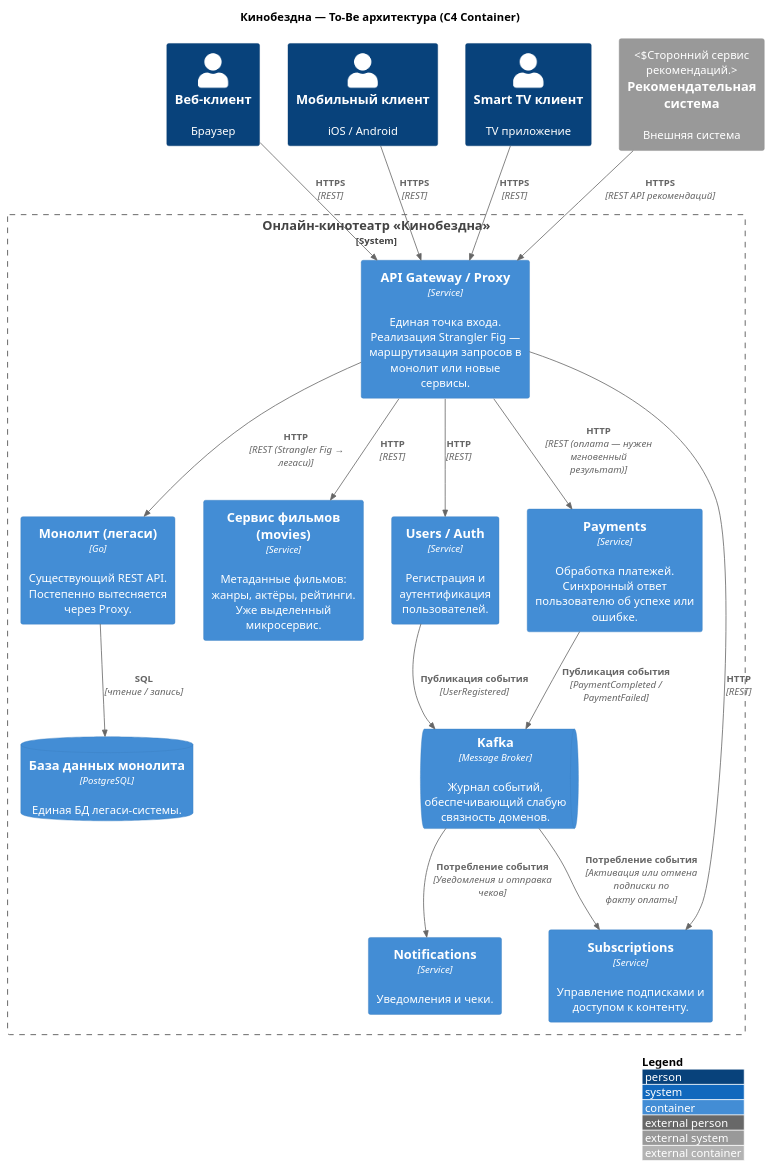
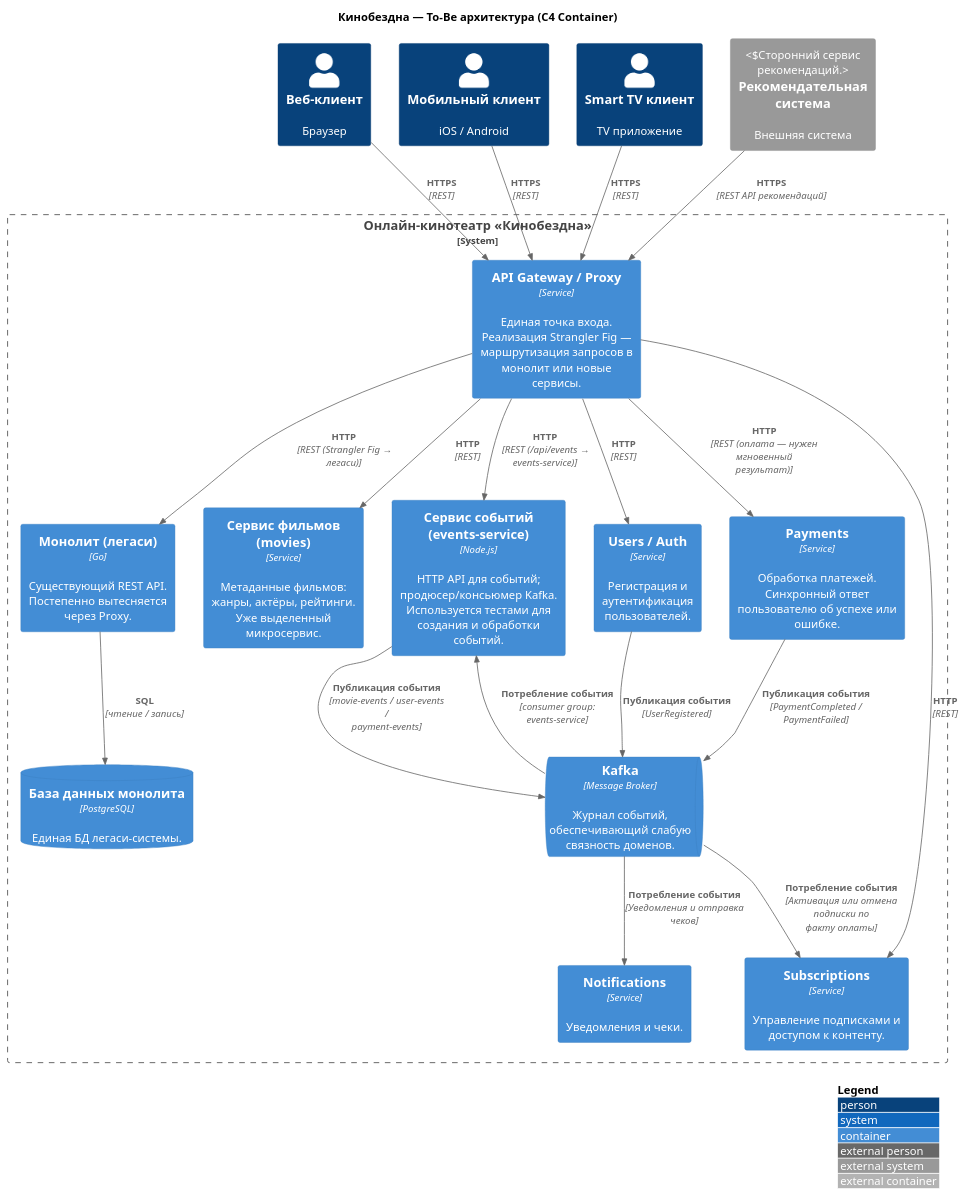
The diagram in docs/C4-container.puml (astandrik/architecture-pro-cinemaabyss), drawn with PlantUML before and after one commit. The commit also changed 5 other files, not shown here.

```diff
--- a/docs/C4-container.puml
+++ b/docs/C4-container.puml
@@ -1,60 +1,65 @@
 @startuml
 !includeurl https://raw.githubusercontent.com/plantuml-stdlib/C4-PlantUML/master/C4_Container.puml
 LAYOUT_WITH_LEGEND()
 
 title Кинобездна — To-Be архитектура (C4 Container)
 
 ' ===== Клиенты =====
 Person(web, "Веб-клиент", "Браузер")
 Person(mobile, "Мобильный клиент", "iOS / Android")
 Person(tv, "Smart TV клиент", "TV приложение")
 
 ' ===== Граница системы =====
 System_Boundary(cinema, "Онлайн-кинотеатр «Кинобездна»") {
 
   Container(proxy, "API Gateway / Proxy", "Service", "Единая точка входа. Реализация Strangler Fig — маршрутизация запросов в монолит или новые сервисы.")
 
   Container(monolith, "Монолит (легаси)", "Go", "Существующий REST API. Постепенно вытесняется через Proxy.")
 
   ContainerDb(monolithDb, "База данных монолита", "PostgreSQL", "Единая БД легаси-системы.")
 
   Container(movies, "Сервис фильмов (movies)", "Service", "Метаданные фильмов: жанры, актёры, рейтинги. Уже выделенный микросервис.")
 
+  Container(eventsSvc, "Сервис событий (events-service)", "Node.js", "HTTP API для событий; продюсер/консьюмер Kafka. Используется тестами для создания и обработки событий.")
+
   Container(usersSvc, "Users / Auth", "Service", "Регистрация и аутентификация пользователей.")
 
   Container(paymentsSvc, "Payments", "Service", "Обработка платежей. Синхронный ответ пользователю об успехе или ошибке.")
 
   Container(subsSvc, "Subscriptions", "Service", "Управление подписками и доступом к контенту.")
 
   Container(notifySvc, "Notifications", "Service", "Уведомления и чеки.")
 
   ContainerQueue(kafka, "Kafka", "Message Broker", "Журнал событий, обеспечивающий слабую связность доменов.")
 }
 
 System_Ext(recsys, "Рекомендательная система", "Внешняя система", "Сторонний сервис рекомендаций.")
 
 ' ===== Синхронный пользовательский путь =====
 Rel(web, proxy, "HTTPS", "REST")
 Rel(mobile, proxy, "HTTPS", "REST")
 Rel(tv, proxy, "HTTPS", "REST")
 
 Rel(proxy, monolith, "HTTP", "REST (Strangler Fig → легаси)")
 Rel(proxy, movies, "HTTP", "REST")
+Rel(proxy, eventsSvc, "HTTP", "REST (/api/events → events-service)")
 Rel(proxy, usersSvc, "HTTP", "REST")
 Rel(proxy, paymentsSvc, "HTTP", "REST (оплата — нужен мгновенный результат)")
 Rel(proxy, subsSvc, "HTTP", "REST")
 
 Rel(monolith, monolithDb, "SQL", "чтение / запись")
 
 ' ===== Асинхронная интеграция доменов через Kafka =====
 Rel(usersSvc, kafka, "Публикация события", "UserRegistered")
 Rel(paymentsSvc, kafka, "Публикация события", "PaymentCompleted / PaymentFailed")
+Rel(eventsSvc, kafka, "Публикация события", "movie-events / user-events / payment-events")
+Rel(kafka, eventsSvc, "Потребление события", "consumer group: events-service")
 
 Rel(kafka, subsSvc, "Потребление события", "Активация или отмена подписки по факту оплаты")
 
 Rel(kafka, notifySvc, "Потребление события", "Уведомления и отправка чеков")
 
 ' ===== Внешние рекомендации =====
 Rel(recsys, proxy, "HTTPS", "REST API рекомендаций")
 
 @enduml
```
